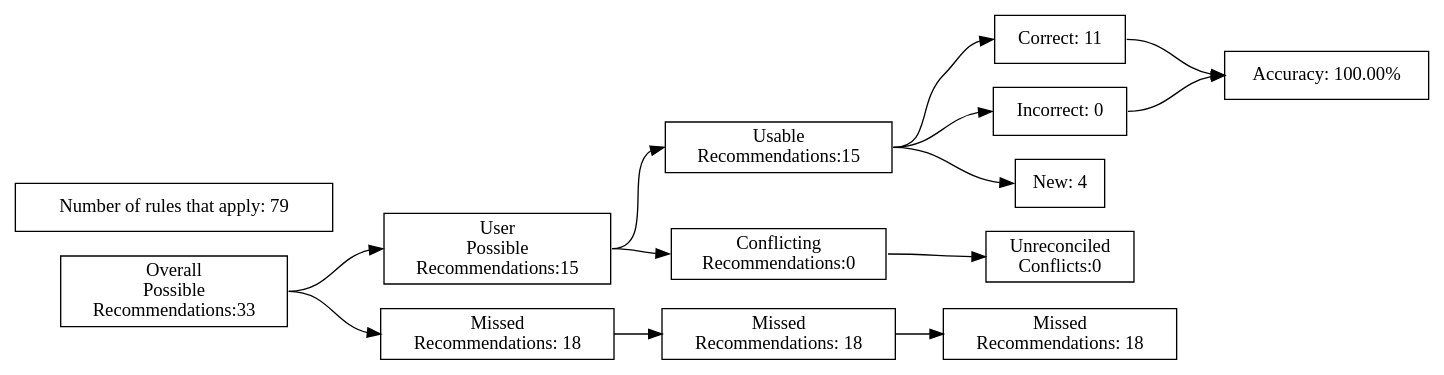
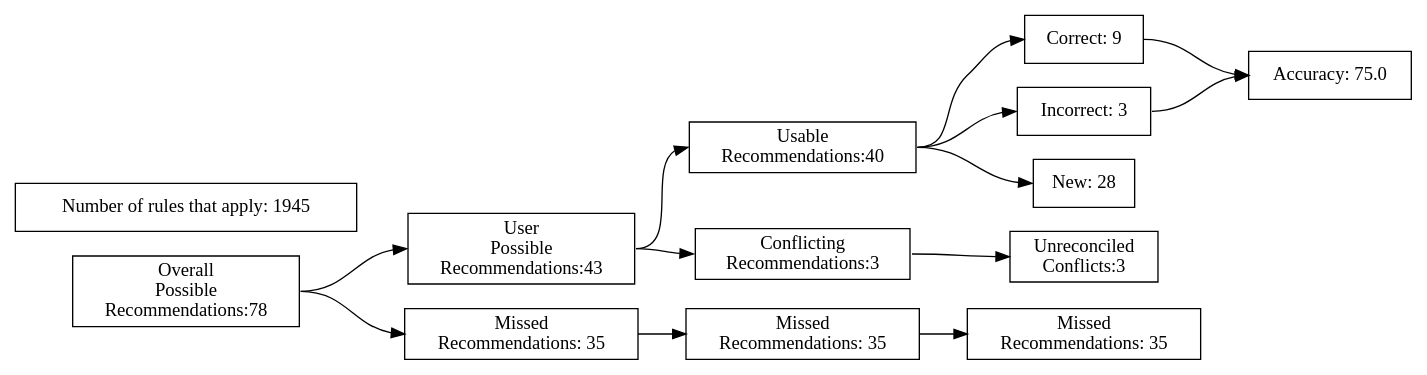
Before and after one commit to ZaxR/ibd_diet_analysis: the diagram in test_renders/84.gv, drawn with Graphviz. The commit also changed 231 other files, not shown here.

```diff
--- a/test_renders/84.gv
+++ b/test_renders/84.gv
@@ -1,40 +1,40 @@
 digraph {
 	graph [rankdir=LR]
 	node [pos=r shape=box]
 	edge [headport=w tailport=e]
 		A [label="Overall
 Possible
-Recommendations:33"]
+Recommendations:78"]
 		B [label="User
 Possible
-Recommendations:15"]
+Recommendations:43"]
 		C [label="Missed
-Recommendations: 18"]
+Recommendations: 35"]
 		D [label="Usable
-Recommendations:15"]
+Recommendations:40"]
 		E [label="Conflicting
-Recommendations:0"]
+Recommendations:3"]
 		J [label="Missed
-Recommendations: 18"]
+Recommendations: 35"]
 		M [label="Unreconciled
-Conflicts:0"]
-		F [label="Correct: 11"]
-		G [label="Incorrect: 0"]
-		H [label="New: 4"]
+Conflicts:3"]
+		F [label="Correct: 9"]
+		G [label="Incorrect: 3"]
+		H [label="New: 28"]
 		K [label="Missed
-Recommendations: 18"]
-		I [label="Accuracy: 100.00%"]
-		l [label="Number of rules that apply: 79"]
+Recommendations: 35"]
+		I [label="Accuracy: 75.0"]
+		l [label="Number of rules that apply: 1945"]
 			A -> B
 			A -> C
 			B -> D
 			B -> E
 			D -> F
 			D -> G
 			D -> H
 			F -> I
 			G -> I
 			C -> J
 			J -> K
 			E -> M
 }
```
